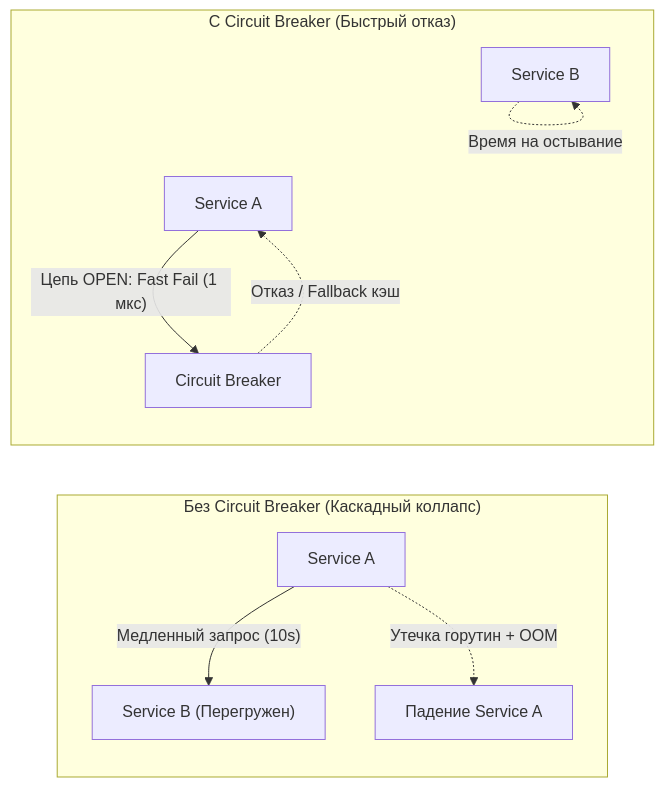
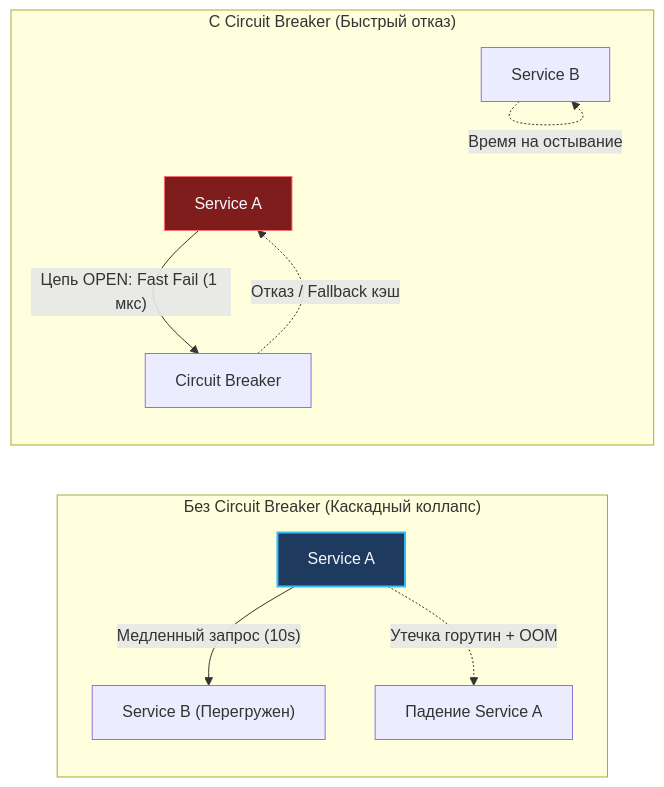
The first of 3 diagrams in sources/14. Распределенные системы на Go/05. Надежность/1. Circuit breaker.md (UnrealTemplier/go-textbook), drawn with Mermaid before and after one commit. The commit also changed other lines of this file and 1666 other files, not shown here.

First line of the commit message:
feat(mermaid): add semantic color classDef to 1369 colorless flowchart/graph diagrams

````diff
--- a/sources/14. Распределенные системы на Go/05. Надежность/1. Circuit breaker.md
+++ b/sources/14. Распределенные системы на Go/05. Надежность/1. Circuit breaker.md
@@ -11,15 +11,25 @@
 ```mermaid
 flowchart LR
+    classDef process  fill:#1e293b,stroke:#38bdf8,stroke-width:1px,color:#f8fafc
+    classDef success  fill:#064e3b,stroke:#34d399,stroke-width:1px,color:#f8fafc
+    classDef error    fill:#7f1d1d,stroke:#f87171,stroke-width:1px,color:#f8fafc
+    classDef warning  fill:#78350f,stroke:#fbbf24,stroke-width:1px,color:#f8fafc
+    classDef entry    fill:#1e3a5f,stroke:#38bdf8,stroke-width:2px,color:#f8fafc
+    classDef aux      fill:#334155,stroke:#64748b,stroke-width:1px,color:#f8fafc
+    classDef system   fill:#312e81,stroke:#a78bfa,stroke-width:1px,color:#f8fafc
+    classDef data     fill:#132d29,stroke:#2dd4bf,stroke-width:1px,color:#f8fafc
+    classDef network  fill:#881337,stroke:#fb7185,stroke-width:1px,color:#f8fafc
+    classDef accent   fill:#1e1b4b,stroke:#818cf8,stroke-width:1px,color:#f8fafc
     subgraph WithoutCB["Без Circuit Breaker (Каскадный коллапс)"]
         direction TB
-        A1["Service A"] -->|"Медленный запрос (10s)"| B1["Service B (Перегружен)"]
+        A1["Service A"]:::entry -->|"Медленный запрос (10s)"| B1["Service B (Перегружен)"]
         A1 -.->|"Утечка горутин + OOM"| Dead["Падение Service A"]
     end
 
     subgraph WithCB["С Circuit Breaker (Быстрый отказ)"]
         direction TB
-        A2["Service A"] -->|"Цепь OPEN: Fast Fail (1 мкс)"| CB["Circuit Breaker"]
+        A2["Service A"]:::error -->|"Цепь OPEN: Fast Fail (1 мкс)"| CB["Circuit Breaker"]
         CB -.->|"Отказ / Fallback кэш"| A2
         B2["Service B"] -.->|"Время на остывание"| B2
     end
 ```
````
